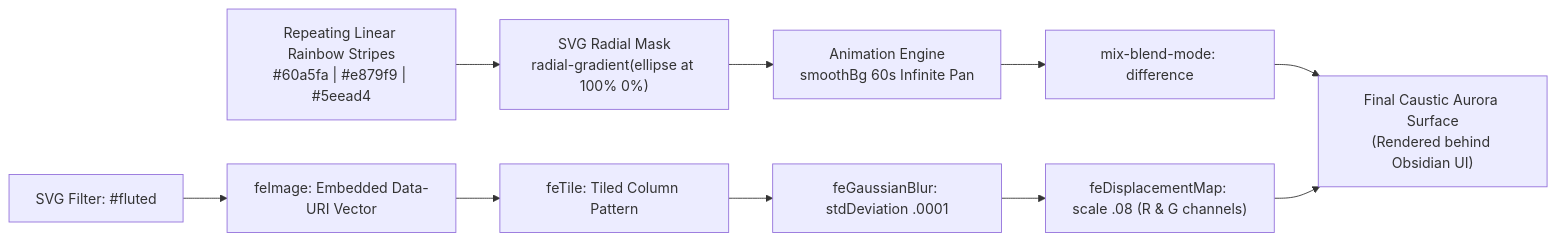
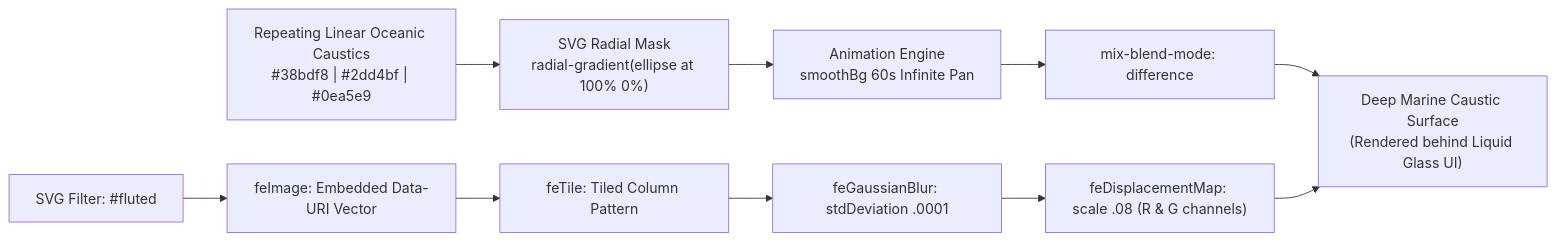
One commit to raghul11x/Ion-Battery-Health-Analyser changed the third of 7 diagrams in FRONTEND_DESIGN_DOC.md. Above: the diagram before and after it, drawn with Mermaid. The commit also changed other lines of this file and 1 other file, not shown here.

````diff
--- a/FRONTEND_DESIGN_DOC.md
+++ b/FRONTEND_DESIGN_DOC.md
@@ -139,13 +156,13 @@
 ```mermaid
 flowchart LR
-    A["Repeating Linear Rainbow Stripes<br/>#60a5fa | #e879f9 | #5eead4"] --> B["SVG Radial Mask<br/>radial-gradient(ellipse at 100% 0%)"]
+    A["Repeating Linear Oceanic Caustics<br/>#38bdf8 | #2dd4bf | #0ea5e9"] --> B["SVG Radial Mask<br/>radial-gradient(ellipse at 100% 0%)"]
     B --> C["Animation Engine<br/>smoothBg 60s Infinite Pan"]
     C --> D["mix-blend-mode: difference"]
     
     E["SVG Filter: #fluted"] --> F["feImage: Embedded Data-URI Vector"]
     F --> G["feTile: Tiled Column Pattern"]
     G --> H["feGaussianBlur: stdDeviation .0001"]
     H --> I["feDisplacementMap: scale .08 (R & G channels)"]
     
-    D & I --> J["Final Caustic Aurora Surface<br/>(Rendered behind Obsidian UI)"]
+    D & I --> J["Deep Marine Caustic Surface<br/>(Rendered behind Liquid Glass UI)"]
 ```
````
